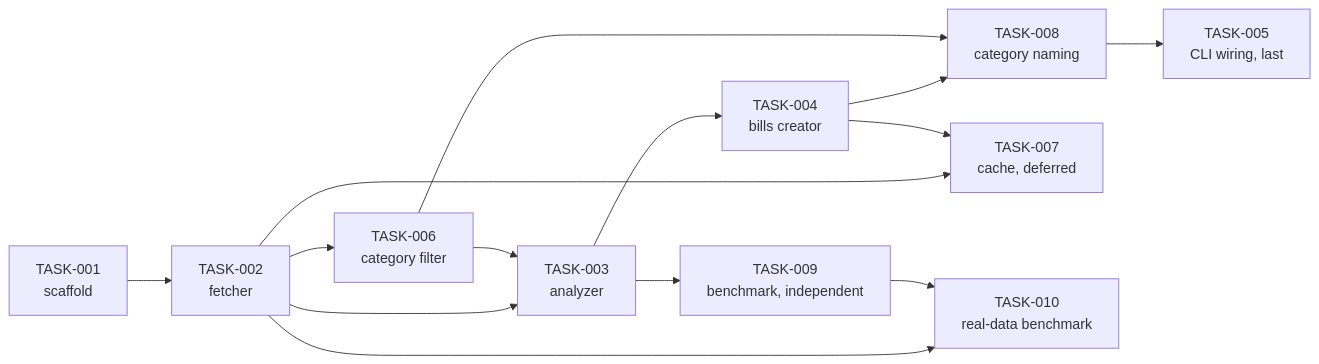
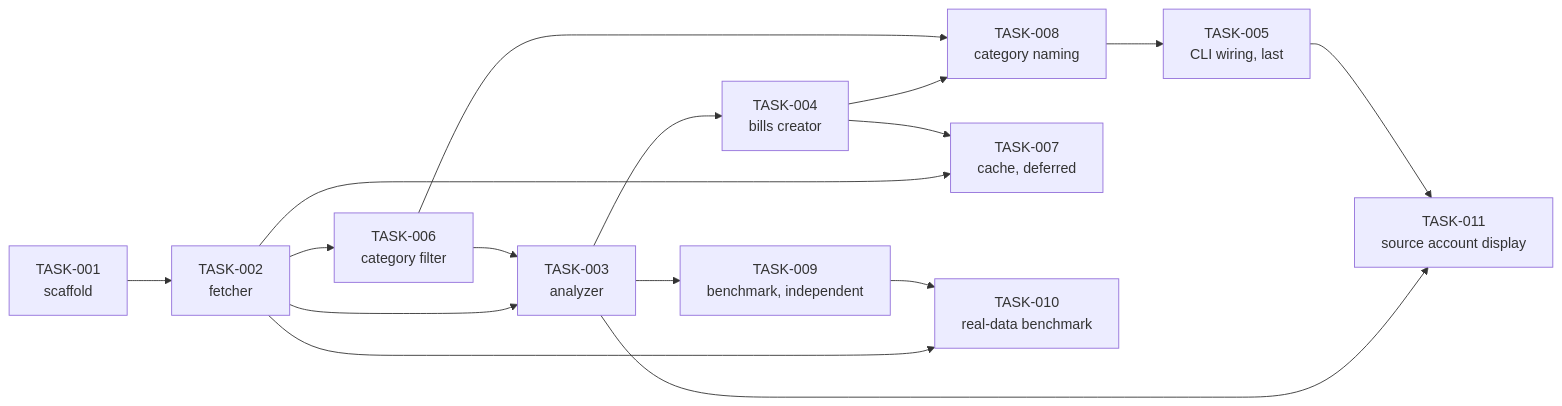
The diagram in docs/tasks/README.md (CmdrPrompt/firefly-bills-analyzer), drawn with Mermaid before and after one commit. The commit also changed other lines of this file and 2 other files, not shown here.

Commit message:
Update requirements and add TASK-011 for source account display and export functionality
- Bump version to 0.2.12
- Introduce FR-30a/b/c/d for source account resolution and display in CLI, web UI, and exports
- Add TASK-011 to track implementation of source account information display and export

````diff
--- a/docs/tasks/README.md
+++ b/docs/tasks/README.md
@@ -25,16 +26,18 @@
 ```mermaid
 graph LR
     T001[TASK-001<br/>scaffold] --> T002[TASK-002<br/>fetcher]
     T002 --> T006[TASK-006<br/>category filter]
     T002 --> T003[TASK-003<br/>analyzer]
     T006 --> T003
     T003 --> T004[TASK-004<br/>bills creator]
     T004 --> T008[TASK-008<br/>category naming]
     T006 --> T008
     T002 --> T007[TASK-007<br/>cache, deferred]
     T004 --> T007
     T008 --> T005[TASK-005<br/>CLI wiring, last]
     T003 --> T009[TASK-009<br/>benchmark, independent]
     T002 --> T010[TASK-010<br/>real-data benchmark]
     T009 --> T010
+    T003 --> T011[TASK-011<br/>source account display]
+    T005 --> T011
 ```
````
